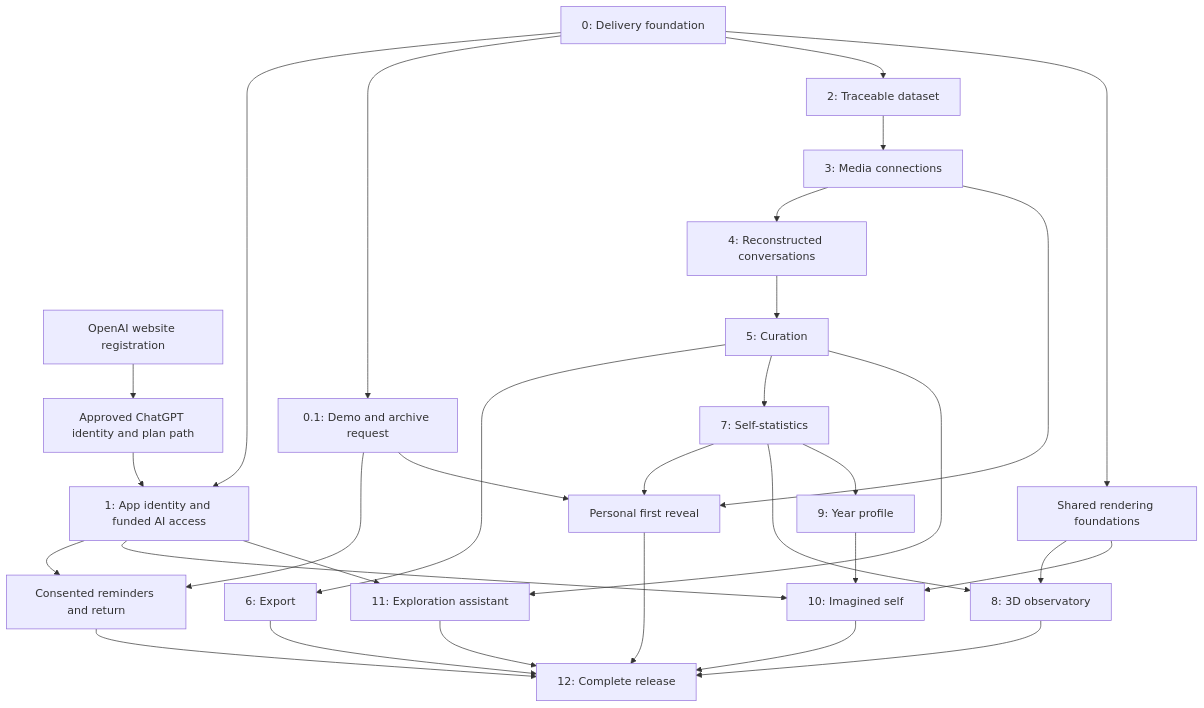
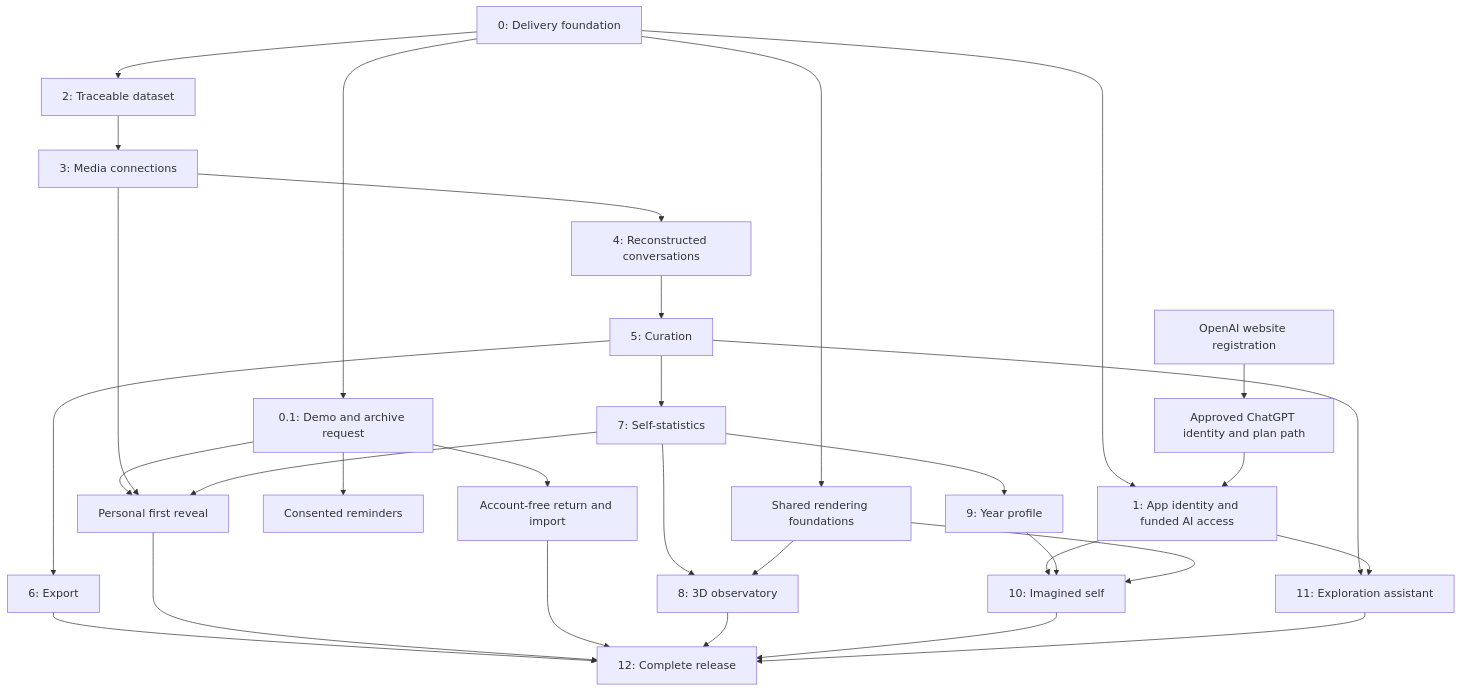
The diagram in MASTERPLAN.md (emiara-tech/snapchat-archive), drawn with Mermaid before and after one commit.

Commit message:
Clarify account-free onboarding return path

````diff
--- a/MASTERPLAN.md
+++ b/MASTERPLAN.md
@@ -117,33 +117,33 @@
 ```mermaid
 flowchart TD
     Foundation[0: Delivery foundation] --> Identity[1: App identity and funded AI access]
     Foundation --> Arrival[0.1: Demo and archive request]
-    Identity --> Return[Consented reminders and return]
-    Arrival --> Return
+    Arrival --> Return[Account-free return and import]
+    Arrival --> Reminders[Consented reminders]
     Registration[OpenAI website registration] --> ChatGPT[Approved ChatGPT identity and plan path]
     ChatGPT --> Identity
     Foundation --> Dataset[2: Traceable dataset]
     Dataset --> Links[3: Media connections]
     Links --> Chats[4: Reconstructed conversations]
     Chats --> Curation[5: Curation]
     Curation --> Export[6: Export]
     Curation --> Stats[7: Self-statistics]
     Arrival --> Reveal[Personal first reveal]
     Links --> Reveal
     Stats --> Reveal
     Stats --> Observatory[8: 3D observatory]
     Stats --> Profile[9: Year profile]
     Identity --> YearRoom[10: Imagined self]
     Profile --> YearRoom
     Foundation --> Rendering[Shared rendering foundations]
     Rendering --> Observatory
     Rendering --> YearRoom
     Curation --> Assistant[11: Exploration assistant]
     Identity --> Assistant
     Export --> Release[12: Complete release]
     Reveal --> Release
     Return --> Release
     Observatory --> Release
     YearRoom --> Release
     Assistant --> Release
 ```
````
